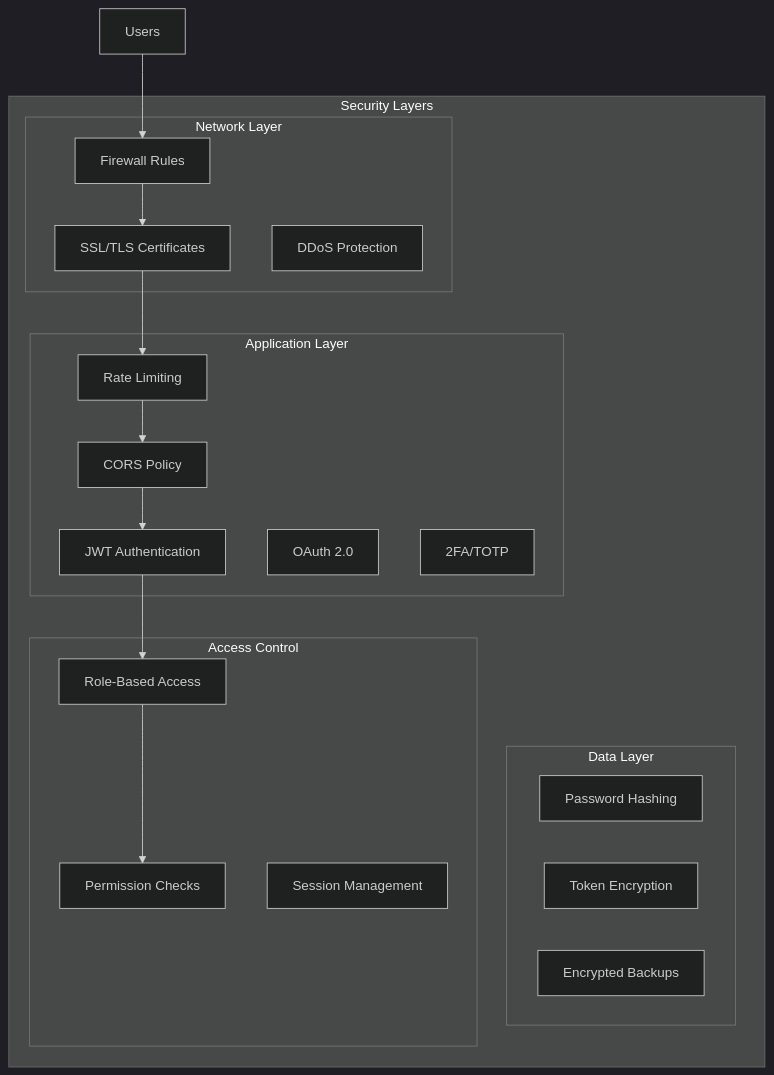
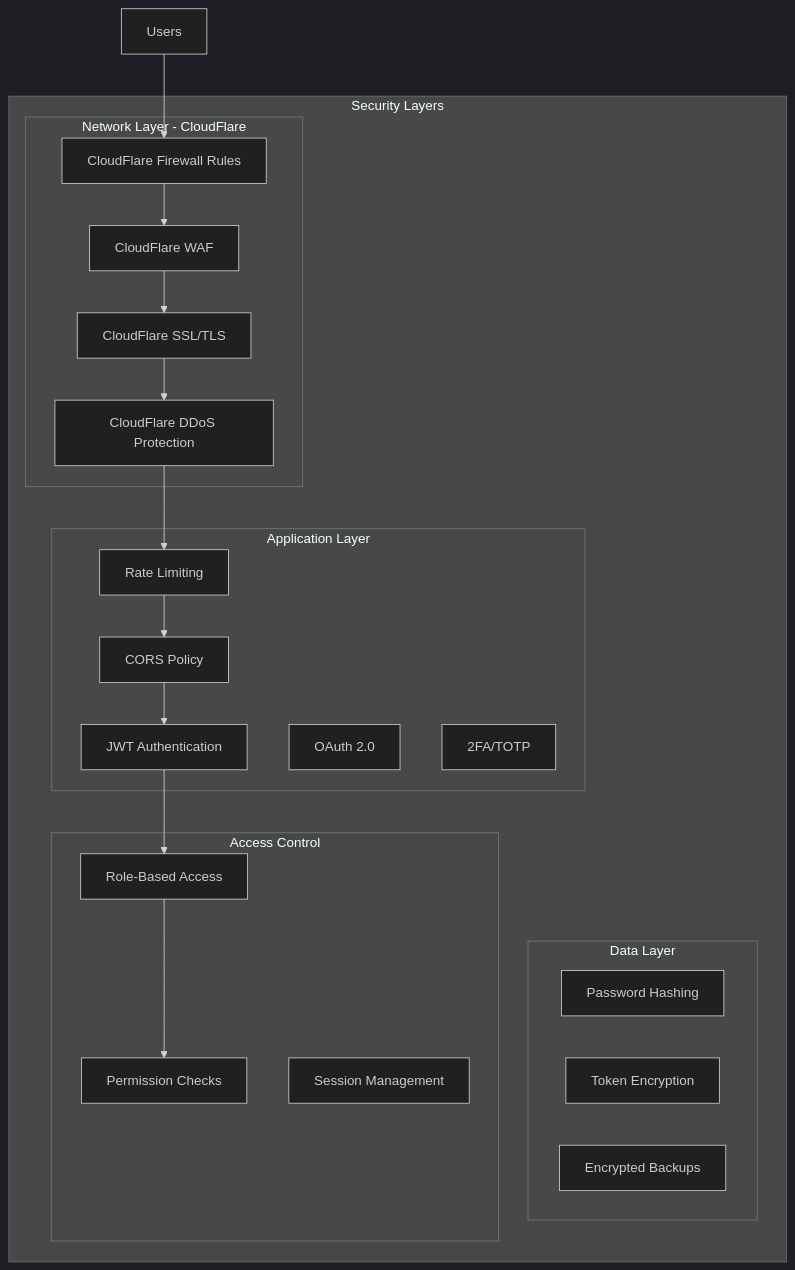
The ninth of 10 diagrams in diagrams/architecture-design.md (tikpoptv/MUSE-MUSIC), drawn with Mermaid (dark theme) before and after one commit. The commit also changed other lines of this file and 2 other files, not shown here.

First line of the commit message:
Update diagrams to reflect CloudFlare integration

````diff
--- a/diagrams/architecture-design.md
+++ b/diagrams/architecture-design.md
@@ -342,38 +344,41 @@
 ```mermaid
 graph TB
     subgraph "Security Layers"
-        subgraph "Network Layer"
-            FIREWALL[Firewall Rules]
-            SSL[SSL/TLS Certificates]
-            DDOS[DDoS Protection]
+        subgraph "Network Layer - CloudFlare"
+            FIREWALL[CloudFlare Firewall Rules]
+            SSL[CloudFlare SSL/TLS]
+            WAF[CloudFlare WAF]
+            DDOS[CloudFlare DDoS Protection]
         end
         
         subgraph "Application Layer"
             AUTH[JWT Authentication]
             OAUTH[OAuth 2.0]
             TWOFACTOR[2FA/TOTP]
             RATELIMIT_SEC[Rate Limiting]
             CORS_SEC[CORS Policy]
         end
         
         subgraph "Data Layer"
             ENCRYPTION[Password Hashing]
             TOKENENC[Token Encryption]
             BACKUP[Encrypted Backups]
         end
         
         subgraph "Access Control"
             RBAC[Role-Based Access]
             PERMISSIONS[Permission Checks]
             SESSION[Session Management]
         end
     end
     
     USERS[Users] --> FIREWALL
-    FIREWALL --> SSL
-    SSL --> RATELIMIT_SEC
+    FIREWALL --> WAF
+    WAF --> SSL
+    SSL --> DDOS
+    DDOS --> RATELIMIT_SEC
     RATELIMIT_SEC --> CORS_SEC
     CORS_SEC --> AUTH
     AUTH --> RBAC
     RBAC --> PERMISSIONS
 ```
````
